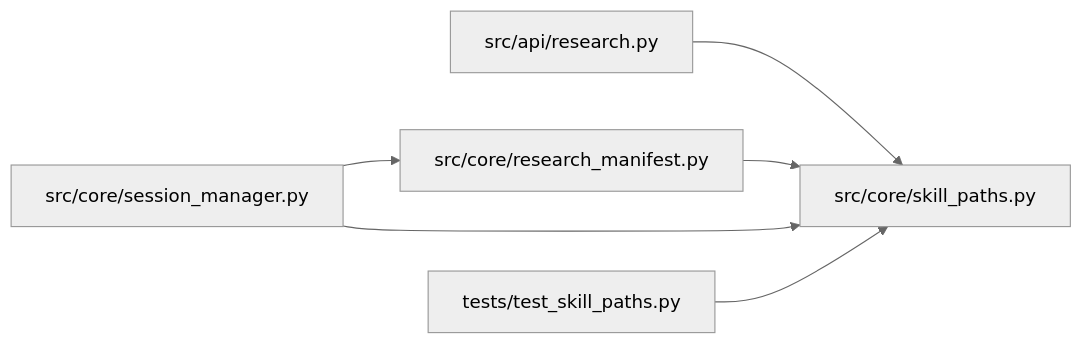
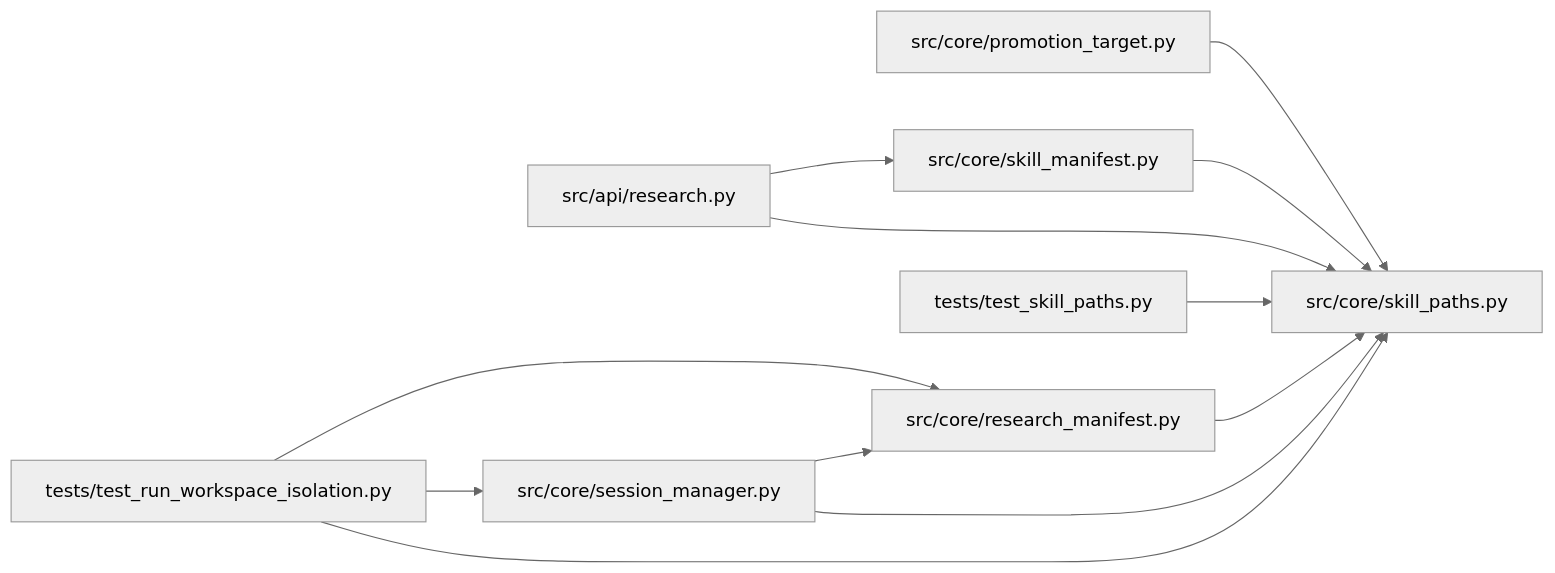
The diagram in docs/llm_wiki/modules/skill_paths.md (Denissvgn/autoresearch-agent), drawn with Mermaid (neutral theme) before and after one commit. The commit also changed other lines of this file and 1033 other files, not shown here.

````diff
--- a/docs/llm_wiki/modules/skill_paths.md
+++ b/docs/llm_wiki/modules/skill_paths.md
@@ -45,18 +45,30 @@
 ```mermaid
 flowchart LR
     n0["src/api/research.py"]
-    n1["src/core/research_manifest.py"]
-    n2["src/core/session_manager.py"]
-    n3["src/core/skill_paths.py"]
-    n4["tests/test_skill_paths.py"]
-    n0 --> n3
-    n1 --> n3
-    n2 --> n1
-    n2 --> n3
-    n4 --> n3
+    n1["src/core/promotion_target.py"]
+    n2["src/core/research_manifest.py"]
+    n3["src/core/session_manager.py"]
+    n4["src/core/skill_manifest.py"]
+    n5["src/core/skill_paths.py"]
+    n6["tests/test_run_workspace_isolation.py"]
+    n7["tests/test_skill_paths.py"]
+    n0 --> n4
+    n0 --> n5
+    n1 --> n5
+    n2 --> n5
+    n3 --> n2
+    n3 --> n5
+    n4 --> n5
+    n6 --> n2
+    n6 --> n3
+    n6 --> n5
+    n7 --> n5
     click n0 "../modules/research.md"
-    click n1 "../modules/research_manifest.md"
-    click n2 "../modules/session_manager.md"
-    click n3 "../modules/skill_paths.md"
-    click n4 "../modules/test_skill_paths.md"
+    click n1 "../modules/promotion_target.md"
+    click n2 "../modules/research_manifest.md"
+    click n3 "../modules/session_manager.md"
+    click n4 "../modules/skill_manifest.md"
+    click n5 "../modules/skill_paths.md"
+    click n6 "../modules/test_run_workspace_isolation.md"
+    click n7 "../modules/test_skill_paths.md"
 ```
````
